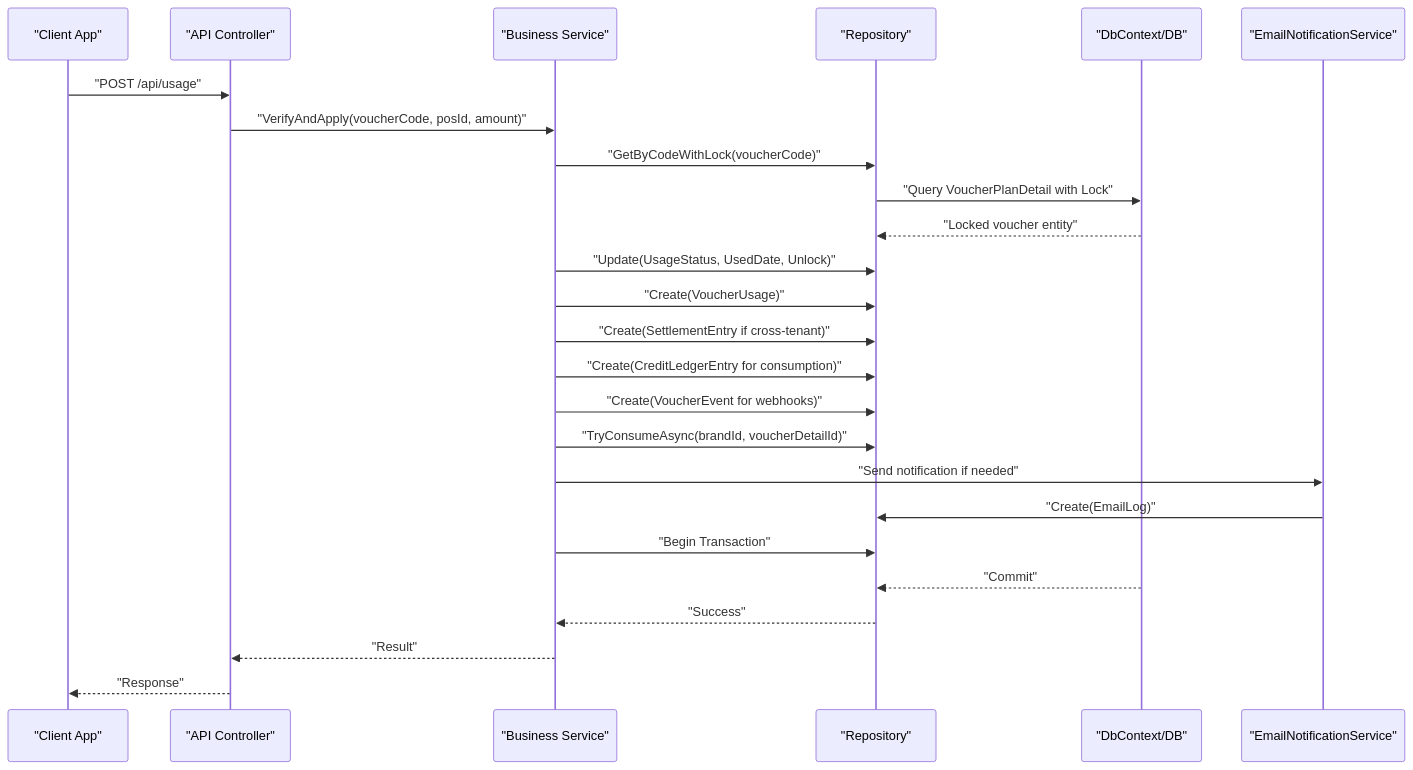
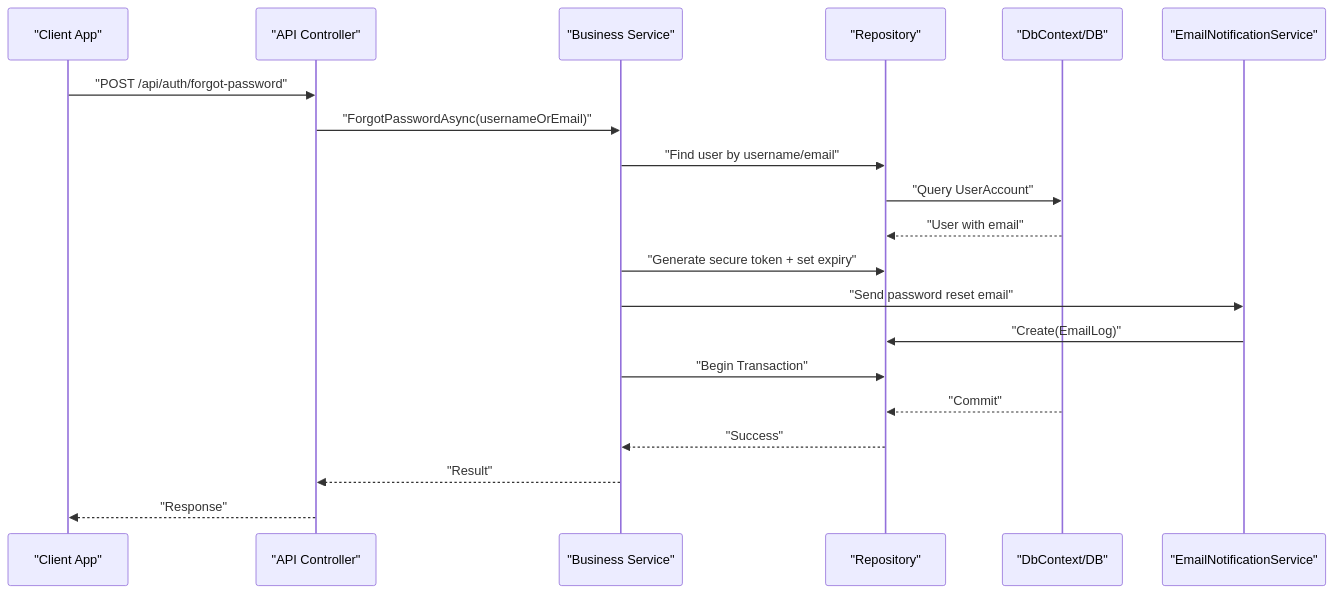
The fourth of 5 diagrams in .qoder/repowiki/en/content/Data Models and Database Design/Data Models and Database Design.md (lamhongbac/NonCash), drawn with Mermaid before and after one commit. The commit also changed other lines of this file and 32 other files, not shown here.

````diff
--- a/.qoder/repowiki/en/content/Data Models and Database Design/Data Models and Database Design.md
+++ b/.qoder/repowiki/en/content/Data Models and Database Design/Data Models and Database Design.md
@@ -1028,27 +1044,22 @@
 ```mermaid
 sequenceDiagram
 participant Client as "Client App"
 participant API as "API Controller"
 participant Service as "Business Service"
 participant Repo as "Repository"
 participant DB as "DbContext/DB"
 participant EmailSvc as "EmailNotificationService"
-Client->>API : "POST /api/usage"
-API->>Service : "VerifyAndApply(voucherCode, posId, amount)"
-Service->>Repo : "GetByCodeWithLock(voucherCode)"
-Repo->>DB : "Query VoucherPlanDetail with Lock"
-DB-->>Repo : "Locked voucher entity"
-Service->>Repo : "Update(UsageStatus, UsedDate, Unlock)"
-Service->>Repo : "Create(VoucherUsage)"
-Service->>Repo : "Create(SettlementEntry if cross-tenant)"
-Service->>Repo : "Create(CreditLedgerEntry for consumption)"
-Service->>Repo : "Create(VoucherEvent for webhooks)"
-Service->>Repo : "TryConsumeAsync(brandId, voucherDetailId)"
-Service->>EmailSvc : "Send notification if needed"
+Client->>API : "POST /api/auth/forgot-password"
+API->>Service : "ForgotPasswordAsync(usernameOrEmail)"
+Service->>Repo : "Find user by username/email"
+Repo->>DB : "Query UserAccount"
+DB-->>Repo : "User with email"
+Service->>Repo : "Generate secure token + set expiry"
+Service->>EmailSvc : "Send password reset email"
 EmailSvc->>Repo : "Create(EmailLog)"
 Service->>Repo : "Begin Transaction"
 DB-->>Repo : "Commit"
 Repo-->>Service : "Success"
 Service-->>API : "Result"
 API-->>Client : "Response"
 ```
````
